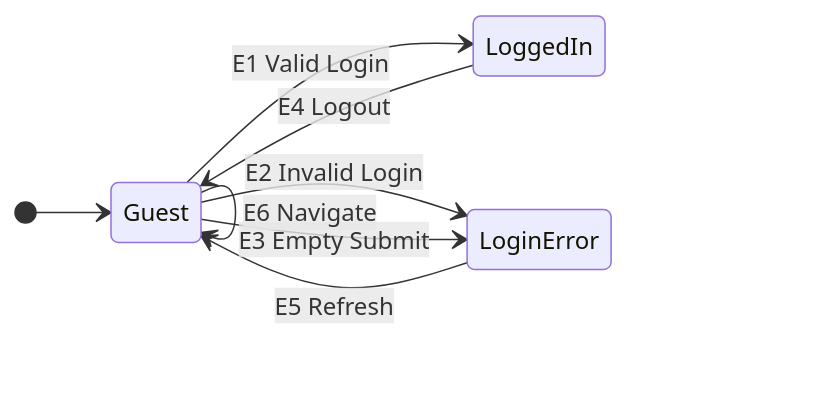
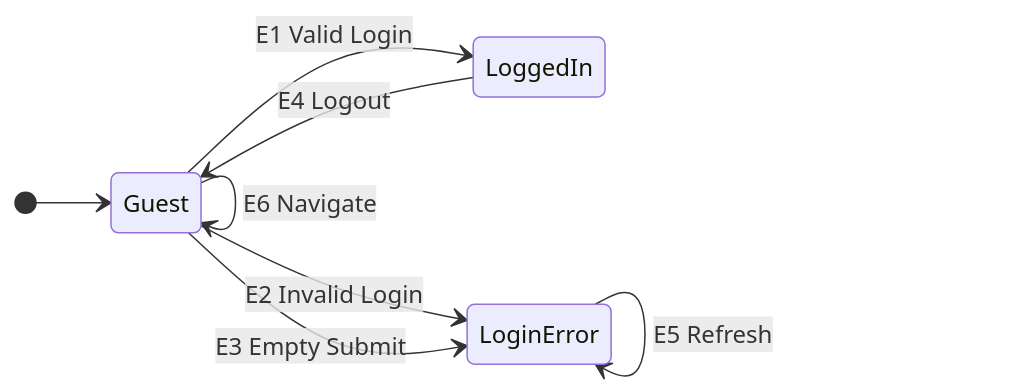
One commit to theRainMaker1001/QA-Automation-Suites changed the first of 2 diagrams in docs/TECHNICAL-DESIGN.MD. Above: the diagram before and after it, drawn with Mermaid. The commit also changed 1 other file, not shown here.

Commit message:
fix(e2e): aligned state transition tests with ParaBank behaviour:
- Added post-registration logout (ParaBank auto-authenticates after registration)
- Wrapped registration and login verification in try-catch for resilience
- Replaced networkidle waits with domcontentloaded in beforeAll
- Marked T4 refresh-after-error as known ParaBank POST re-submit behaviour
- Aligned all 7 transition tests with strict getCurrentState() verification
- Updated TECHNICAL-DESIGN.MD mermaid diagram to match tested transitions
- Updated README.md to reflect corrected state machine

````diff
--- a/docs/TECHNICAL-DESIGN.MD
+++ b/docs/TECHNICAL-DESIGN.MD
@@ -115,15 +115,15 @@
 ```mermaid
 stateDiagram-v2
     direction LR
     [*] --> Guest
 
     Guest --> LoggedIn : E1 Valid Login
     Guest --> LoginError : E2 Invalid Login
     Guest --> LoginError : E3 Empty Submit
     Guest --> Guest : E5 Refresh
     Guest --> Guest : E6 Navigate
 
-    LoginError --> Guest : E5 Refresh
+    LoginError --> LoginError : E5 Refresh
 
     LoggedIn --> Guest : E4 Logout
 ```
````
